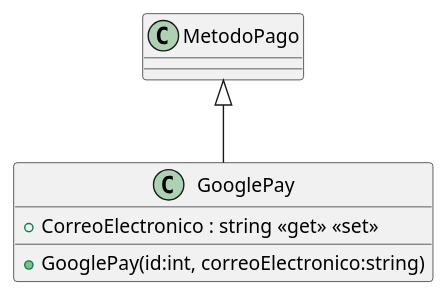
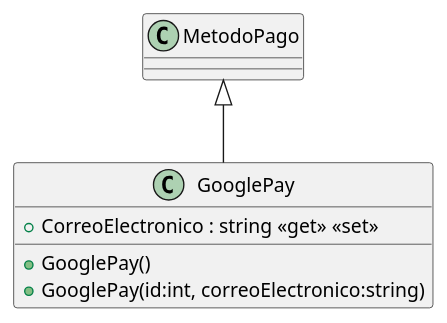
One commit to ISII2627DDNProject/ISII2627DDNProject changed the diagram in src/AppForSEII.API/ClassDiagram/GooglePay.puml. Above: the diagram before and after it, drawn with PlantUML. The commit also changed 11 other files, not shown here.

First line of the commit message:
Implementación dell diagrama del CU1: Comprar libros (#74)

```diff
--- a/src/AppForSEII.API/ClassDiagram/GooglePay.puml
+++ b/src/AppForSEII.API/ClassDiagram/GooglePay.puml
@@ -1,7 +1,8 @@
 @startuml
 class GooglePay {
+    + GooglePay()
     + GooglePay(id:int, correoElectronico:string)
     + CorreoElectronico : string <<get>> <<set>>
 }
 MetodoPago <|-- GooglePay
 @enduml
```
